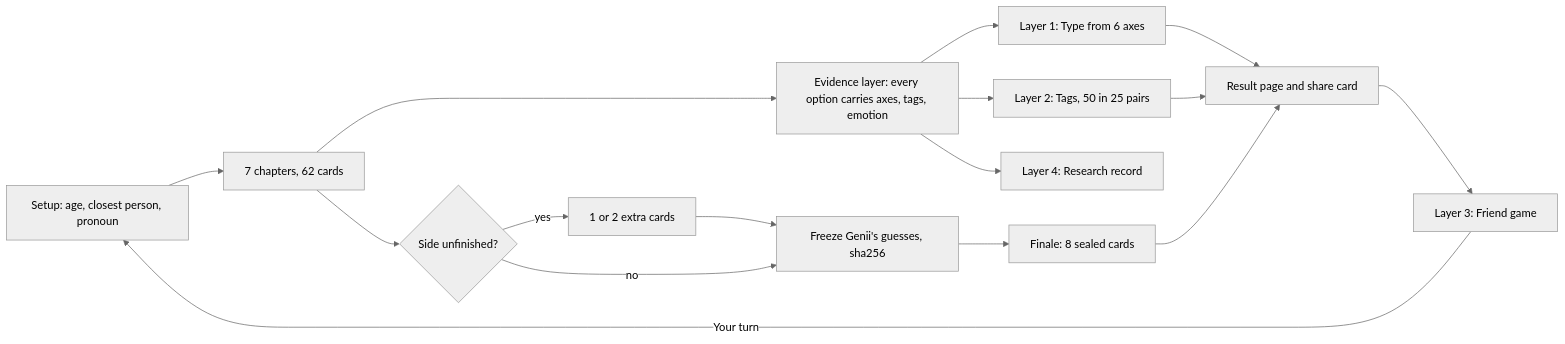
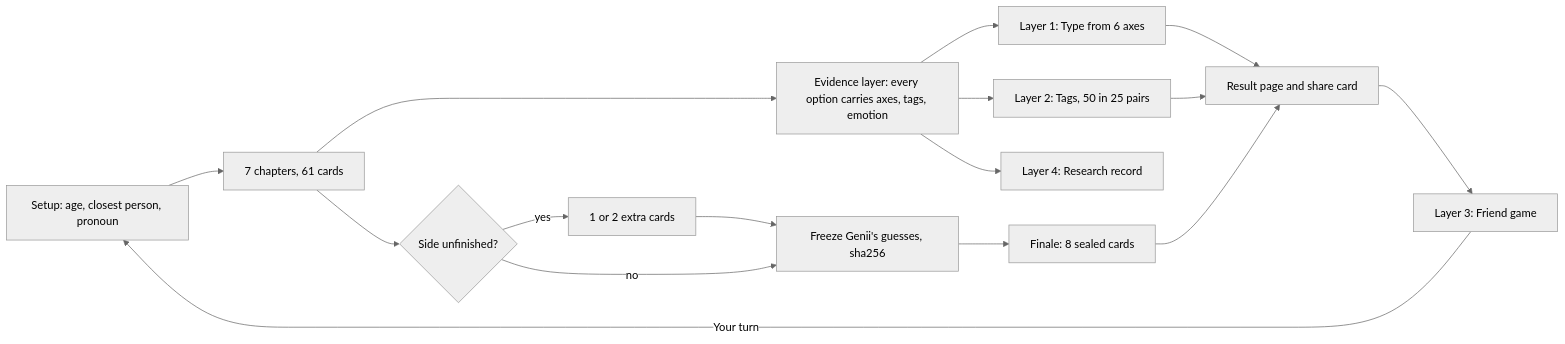
One commit to Augustexe/mirrormii-survey changed the diagram in docs/questions/PERSONA-QUIZ-SPEC-V2.md. Above: the diagram before and after it, drawn with Mermaid (neutral theme). The commit also changed other lines of this file and 41 other files, not shown here.

````diff
--- a/docs/questions/PERSONA-QUIZ-SPEC-V2.md
+++ b/docs/questions/PERSONA-QUIZ-SPEC-V2.md
@@ -30,17 +30,17 @@
 ```mermaid
 flowchart LR
-  S[Setup: age, closest person, pronoun] --> C[7 chapters, 62 cards]
+  S[Setup: age, closest person, pronoun] --> C[7 chapters, 61 cards]
   C --> E[Evidence layer: every option carries axes, tags, emotion]
   E --> T[Layer 1: Type from 6 axes]
   E --> G[Layer 2: Tags, 50 in 25 pairs]
   E --> R[Layer 4: Research record]
   C --> X{Side unfinished?}
   X -->|yes| XC[1 or 2 extra cards] --> Z
   X -->|no| Z[Freeze Genii's guesses, sha256]
   Z --> F[Finale: 8 sealed cards]
   T --> P[Result page and share card]
   G --> P
   F --> P
   P --> FG[Layer 3: Friend game]
   FG -->|Your turn| S
 ```
````
